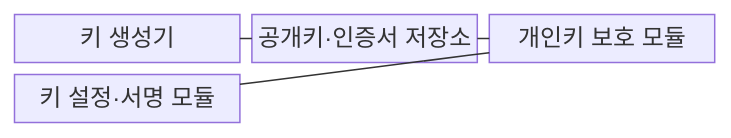
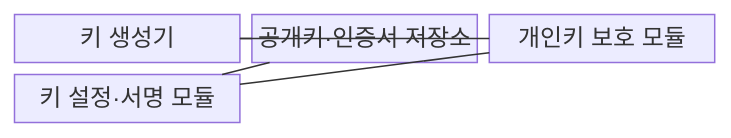
The first of 2 diagrams in src/content/docs/notes/05-security/002_asymmetric_encryption.md (agnusdei1207/knowledge-base), drawn with Mermaid before and after one commit. The commit also changed other lines of this file and 20 other files, not shown here.

````diff
--- a/src/content/docs/notes/05-security/002_asymmetric_encryption.md
+++ b/src/content/docs/notes/05-security/002_asymmetric_encryption.md
@@ -64,11 +63,12 @@
 ```mermaid
 block-beta
     columns 3
     A["키 생성기"]
     B["공개키·인증서 저장소"]
     C["개인키 보호 모듈"]
     D["키 설정·서명 모듈"]
     A --- B
-    B --- C
+    A --- C
+    B --- D
     C --- D
 ```
````
